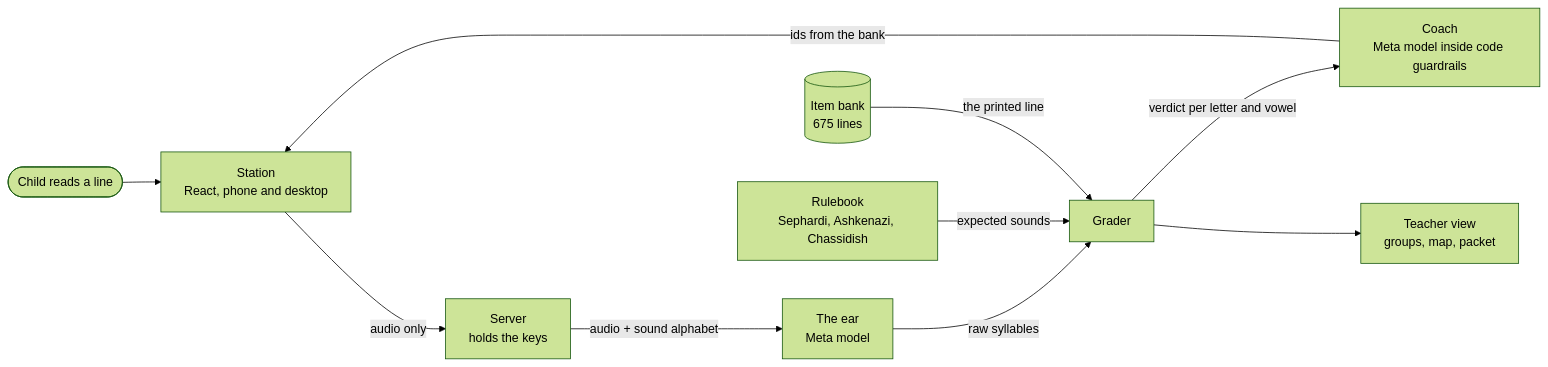
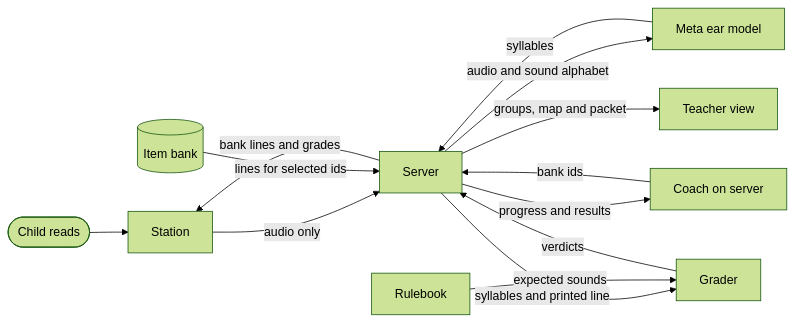
Before and after one commit to drlevidruin/meta-hackathon-entry: the diagram in README.md, drawn with Mermaid (forest theme). The commit also changed other lines of this file and 20 other files, not shown here.

````diff
--- a/README.md
+++ b/README.md
@@ -9,12 +9,15 @@
 ```mermaid
 flowchart LR
-  child([Child reads a line]) --> station[Station<br/>React, phone and desktop]
-  station -- audio only --> server[Server<br/>holds the keys]
-  server -- audio + sound alphabet --> ear[The ear<br/>Meta model]
-  ear -- raw syllables --> grader[Grader]
-  rulebook[Rulebook<br/>Sephardi, Ashkenazi, Chassidish] -- expected sounds --> grader
-  bank[(Item bank<br/>675 lines)] -- the printed line --> grader
-  grader -- verdict per letter and vowel --> coach[Coach<br/>Meta model inside code guardrails]
-  coach -- ids from the bank --> station
-  grader --> teacher[Teacher view<br/>groups, map, packet]
+  child([Child reads]) --> station[Station]
+  station -- audio only --> server[Server]
+  server -- audio and sound alphabet --> ear[Meta ear model]
+  ear -- syllables --> server
+  server -- syllables and printed line --> grader[Grader]
+  rulebook[Rulebook] -- expected sounds --> grader
+  grader -- verdicts --> server
+  server -- progress and results --> coach[Coach on server]
+  coach -- bank ids --> server
+  bank[(Item bank)] -- lines for selected ids --> server
+  server -- bank lines and grades --> station
+  server -- groups, map and packet --> teacher[Teacher view]
 ```
````
